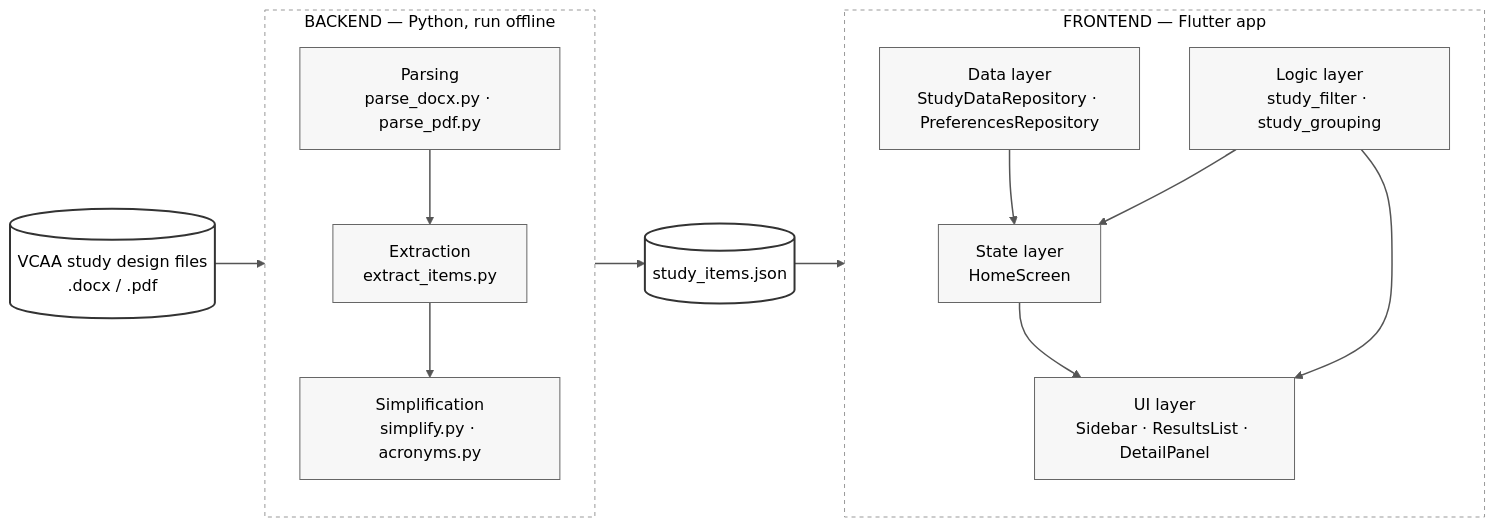
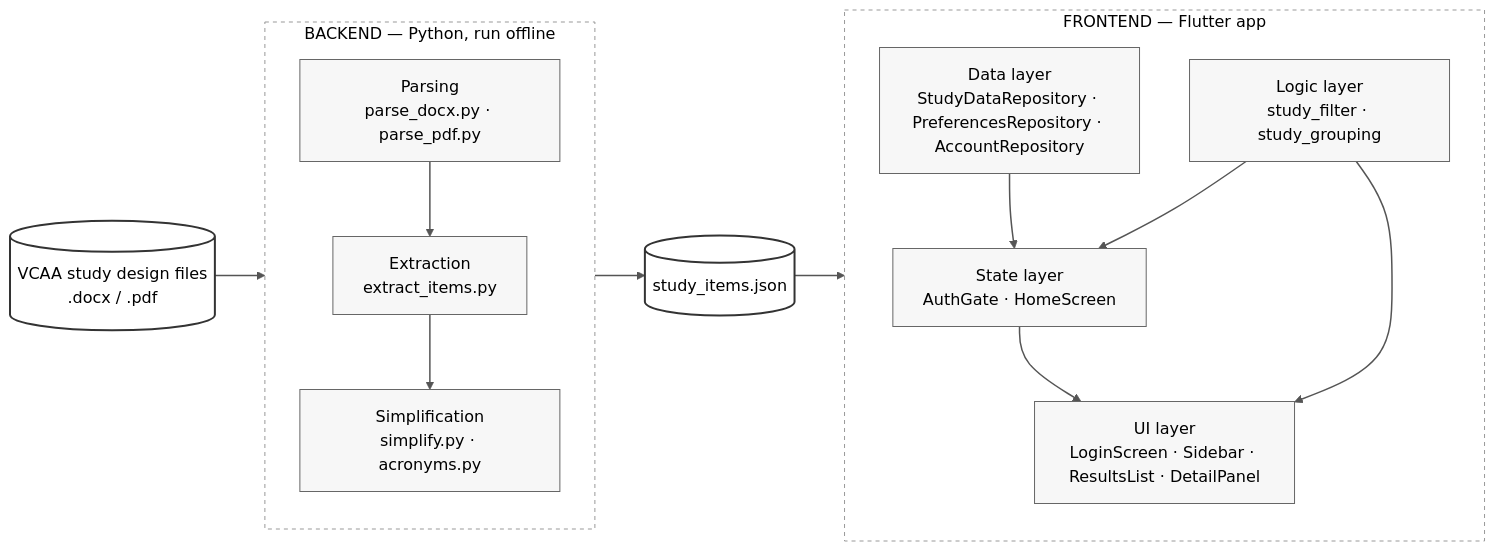
Before and after one commit to Sasen12/vce_unpacked: the diagram in README.md, drawn with Mermaid (forest theme). The commit also changed other lines of this file and 16 other files, not shown here.

First line of the commit message:
Add per-user local login and account-scoped study tracking

````diff
--- a/README.md
+++ b/README.md
@@ -19,38 +19,38 @@
 ```mermaid
 flowchart LR
     A[("VCAA study design files<br/>.docx / .pdf")]
 
     subgraph BE["BACKEND — Python, run offline"]
         direction TB
         B["Parsing<br/>parse_docx.py · parse_pdf.py"]
         C["Extraction<br/>extract_items.py"]
         D["Simplification<br/>simplify.py · acronyms.py"]
         B --> C --> D
     end
 
     E[("study_items.json")]
 
     subgraph FE["FRONTEND — Flutter app"]
         direction TB
-        F["Data layer<br/>StudyDataRepository · PreferencesRepository"]
+        F["Data layer<br/>StudyDataRepository · PreferencesRepository · AccountRepository"]
         L["Logic layer<br/>study_filter · study_grouping"]
-        G["State layer<br/>HomeScreen"]
-        H["UI layer<br/>Sidebar · ResultsList · DetailPanel"]
+        G["State layer<br/>AuthGate · HomeScreen"]
+        H["UI layer<br/>LoginScreen · Sidebar · ResultsList · DetailPanel"]
         F --> G
         L --> G
         L --> H
         G --> H
     end
 
     A --> B
     D --> E
     E --> F
 
     classDef store fill:#fff,stroke:#333,stroke-width:2px,color:#000
     classDef tier fill:#f7f7f7,stroke:#666,stroke-width:1px,color:#000
     class A,E store
     class B,C,D,F,L,G,H tier
     style BE fill:#fff,stroke:#999,stroke-width:1px,stroke-dasharray: 4 4,color:#000
     style FE fill:#fff,stroke:#999,stroke-width:1px,stroke-dasharray: 4 4,color:#000
     linkStyle default stroke:#555,stroke-width:1.5px
 ```
````
